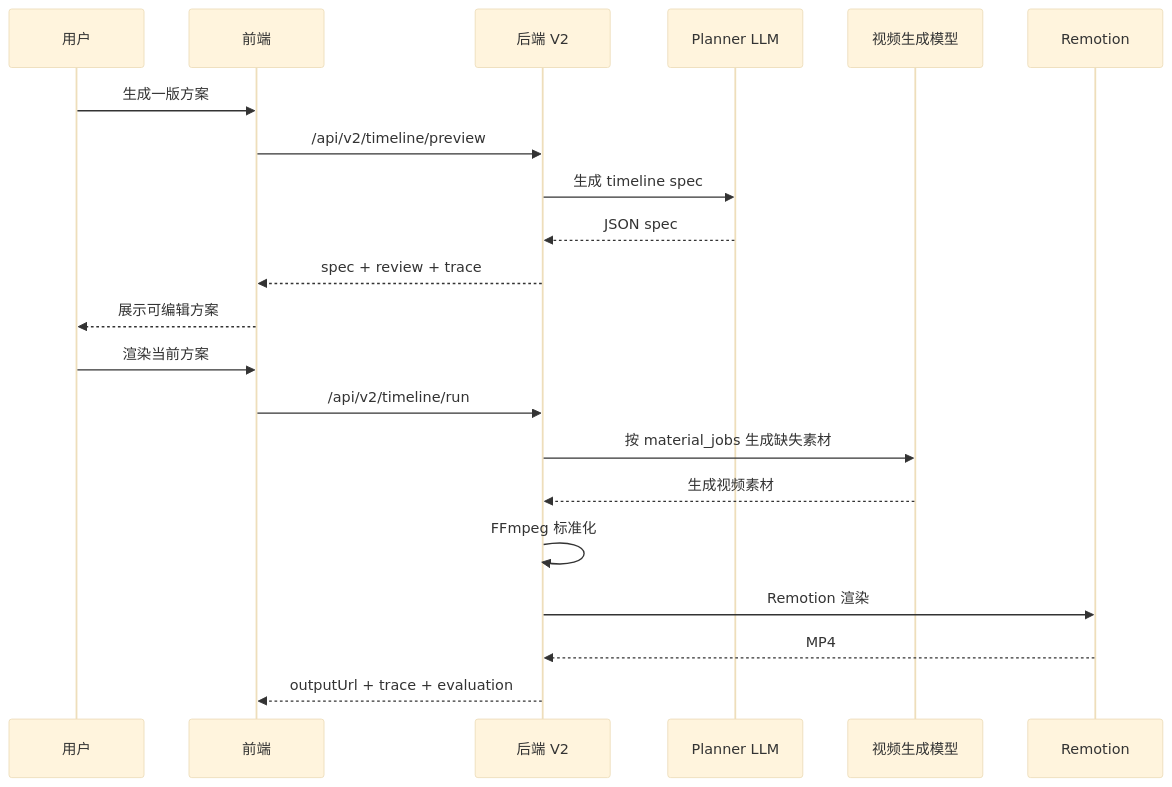
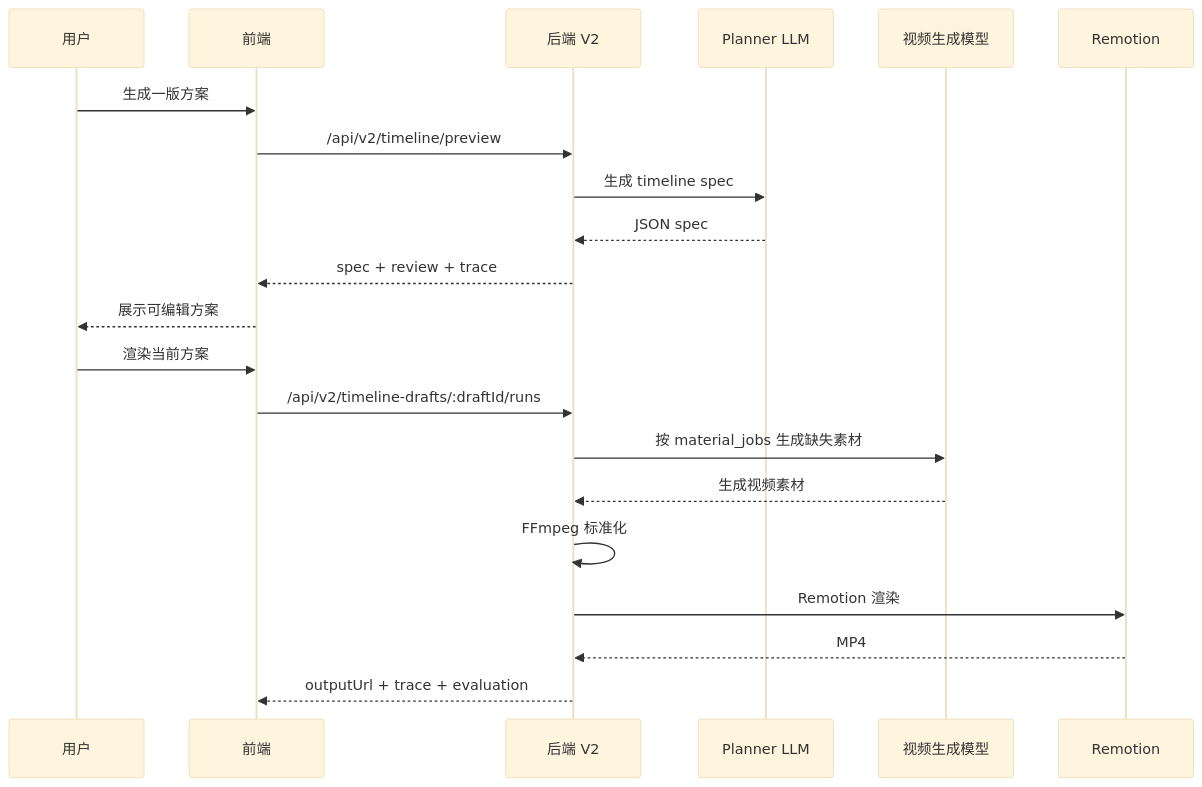
Before and after one commit to liumu2024/AUTO_Audio: the third of 3 diagrams in PROJECT_CURRENT_STATE.md, drawn with Mermaid (base theme). The commit also changed other lines of this file and 82 other files, not shown here.

Commit message:
fix(v2): close timeline state and render regression gaps

````diff
--- a/PROJECT_CURRENT_STATE.md
+++ b/PROJECT_CURRENT_STATE.md
@@ -1404,25 +1404,25 @@
 ```mermaid
 sequenceDiagram
   participant User as 用户
   participant FE as 前端
   participant BE as 后端 V2
   participant LLM as Planner LLM
   participant Video as 视频生成模型
   participant R as Remotion
 
   User->>FE: 生成一版方案
   FE->>BE: /api/v2/timeline/preview
   BE->>LLM: 生成 timeline spec
   LLM-->>BE: JSON spec
   BE-->>FE: spec + review + trace
   FE-->>User: 展示可编辑方案
 
   User->>FE: 渲染当前方案
-  FE->>BE: /api/v2/timeline/run
+  FE->>BE: /api/v2/timeline-drafts/:draftId/runs
   BE->>Video: 按 material_jobs 生成缺失素材
   Video-->>BE: 生成视频素材
   BE->>BE: FFmpeg 标准化
   BE->>R: Remotion 渲染
   R-->>BE: MP4
   BE-->>FE: outputUrl + trace + evaluation
 ```
````
